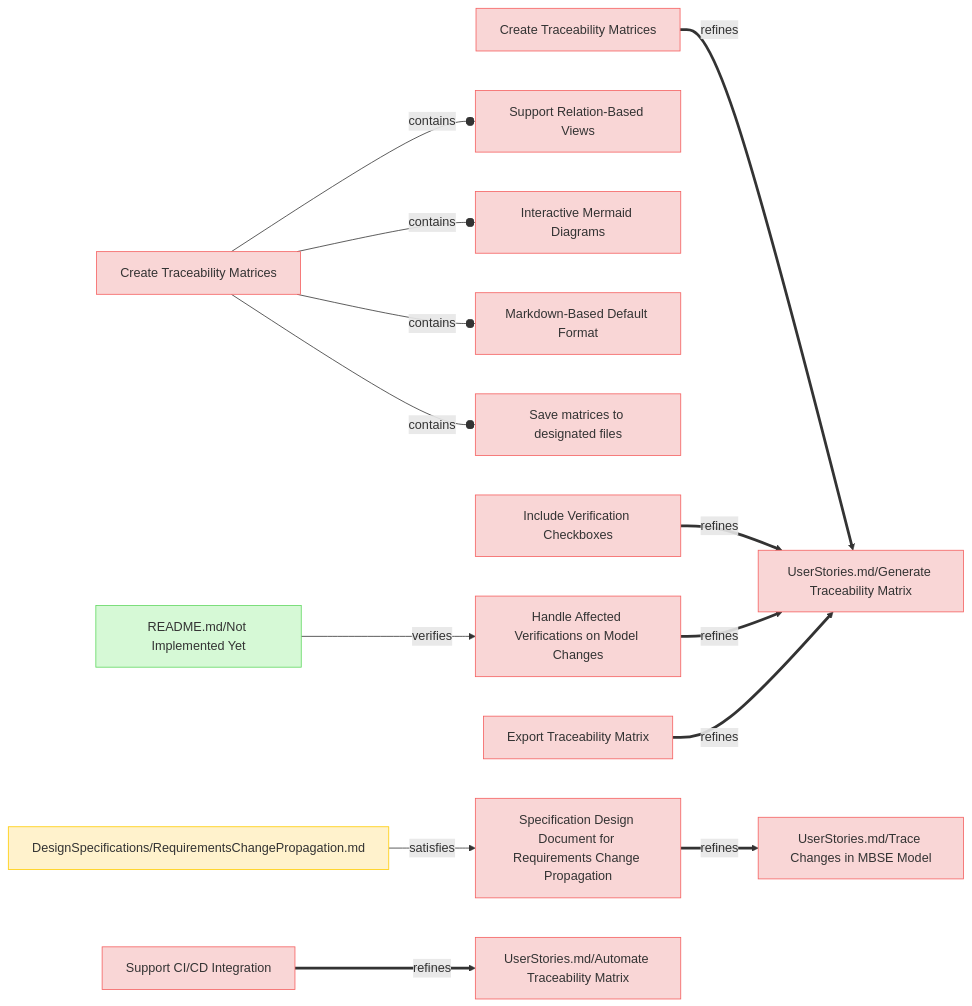
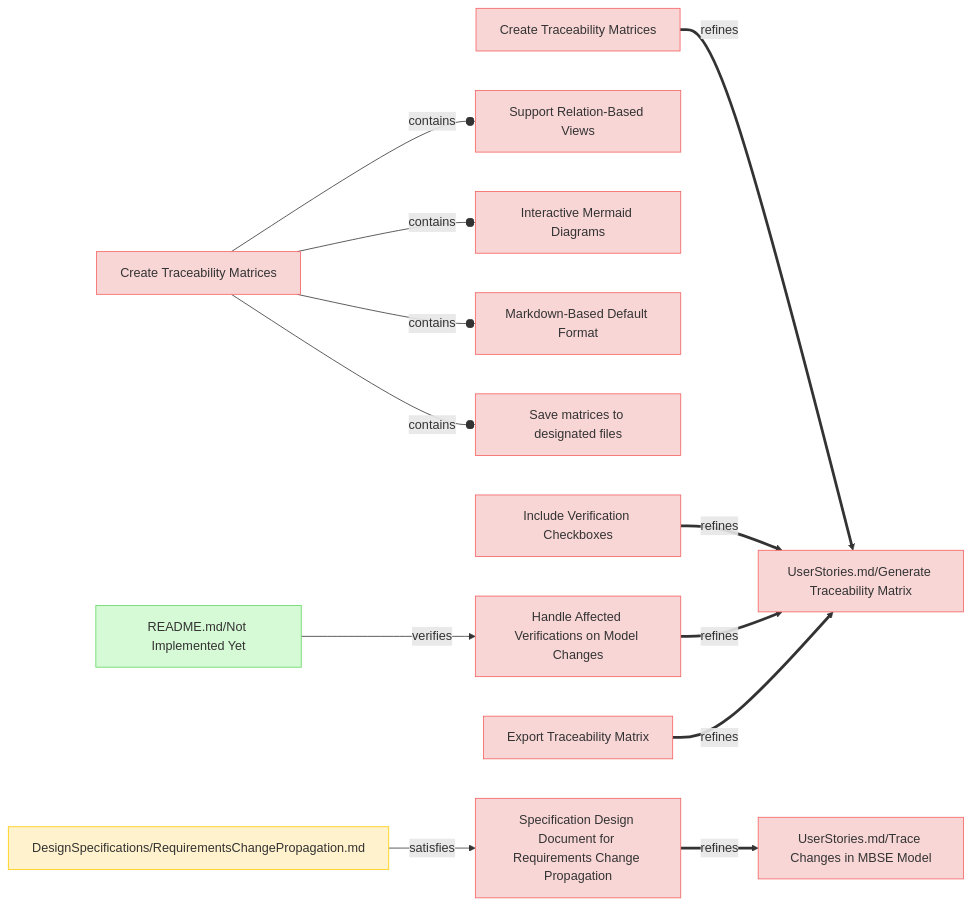
Diagram 11 of 12 in specifications/UserRequirements.md (reqvire-org/reqvire), drawn with Mermaid before and after one commit. The commit also changed other lines of this file and 16 other files, not shown here.

````diff
--- a/specifications/UserRequirements.md
+++ b/specifications/UserRequirements.md
@@ -819,71 +825,64 @@
 ```mermaid
 graph LR;
   %% Graph styling
   classDef requirement fill:#f9d6d6,stroke:#f55f5f,stroke-width:1px;
   classDef satisfies fill:#fff2cc,stroke:#ffcc00,stroke-width:1px;
   classDef verification fill:#d6f9d6,stroke:#5fd75f,stroke-width:1px;
   classDef externalLink fill:#d0e0ff,stroke:#3080ff,stroke-width:1px;
   classDef paragraph fill:#efefef,stroke:#999999,stroke-width:1px;
   classDef default fill:#f5f5f5,stroke:#333333,stroke-width:1px;
 
     Create_Traceability_Matrices["Create Traceability Matrices"];
     click Create_Traceability_Matrices "UserRequirements.md#create-traceability-matrices";
     class Create_Traceability_Matrices requirement;
     Create_Traceability_Matrices ==>|refines| _UserStories_md_Generate_Traceability_Matrix__UserStories_md_generate_traceability_matrix_;
     _UserStories_md_Generate_Traceability_Matrix__UserStories_md_generate_traceability_matrix_["UserStories.md/Generate Traceability Matrix"];
     click _UserStories_md_Generate_Traceability_Matrix__UserStories_md_generate_traceability_matrix_ "UserStories.md#generate-traceability-matrix";
     class _UserStories_md_Generate_Traceability_Matrix__UserStories_md_generate_traceability_matrix_ requirement;
     Support_Relation_Based_Views["Support Relation-Based Views"];
     click Support_Relation_Based_Views "UserRequirements.md#support-relation-based-views";
     class Support_Relation_Based_Views requirement;
     _Create_Traceability_Matrices___create_traceability_matrices_ --o|contains| Support_Relation_Based_Views;
     _Create_Traceability_Matrices___create_traceability_matrices_["Create Traceability Matrices"];
     click _Create_Traceability_Matrices___create_traceability_matrices_ "#create-traceability-matrices";
     class _Create_Traceability_Matrices___create_traceability_matrices_ requirement;
     Interactive_Mermaid_Diagrams["Interactive Mermaid Diagrams"];
     click Interactive_Mermaid_Diagrams "UserRequirements.md#interactive-mermaid-diagrams";
     class Interactive_Mermaid_Diagrams requirement;
     _Create_Traceability_Matrices___create_traceability_matrices_ --o|contains| Interactive_Mermaid_Diagrams;
     Markdown_Based_Default_Format["Markdown-Based Default Format"];
     click Markdown_Based_Default_Format "UserRequirements.md#markdown-based-default-format";
     class Markdown_Based_Default_Format requirement;
     _Create_Traceability_Matrices___create_traceability_matrices_ --o|contains| Markdown_Based_Default_Format;
     Save_matrices_to_designated_files["Save matrices to designated files"];
     click Save_matrices_to_designated_files "UserRequirements.md#save-matrices-to-designated-files";
     class Save_matrices_to_designated_files requirement;
     _Create_Traceability_Matrices___create_traceability_matrices_ --o|contains| Save_matrices_to_designated_files;
     Include_Verification_Checkboxes["Include Verification Checkboxes"];
     click Include_Verification_Checkboxes "UserRequirements.md#include-verification-checkboxes";
     class Include_Verification_Checkboxes requirement;
     Include_Verification_Checkboxes ==>|refines| _UserStories_md_Generate_Traceability_Matrix__UserStories_md_generate_traceability_matrix_;
     Handle_Affected_Verifications_on_Model_Changes["Handle Affected Verifications on Model Changes"];
     click Handle_Affected_Verifications_on_Model_Changes "UserRequirements.md#handle-affected-verifications-on-model-changes";
     class Handle_Affected_Verifications_on_Model_Changes requirement;
     Handle_Affected_Verifications_on_Model_Changes ==>|refines| _UserStories_md_Generate_Traceability_Matrix__UserStories_md_generate_traceability_matrix_;
     _README_md_Not_Implemented_Yet__README_md_not_implemented_yet_ -->|verifies| Handle_Affected_Verifications_on_Model_Changes;
     _README_md_Not_Implemented_Yet__README_md_not_implemented_yet_["README.md/Not Implemented Yet"];
     click _README_md_Not_Implemented_Yet__README_md_not_implemented_yet_ "README.md#not-implemented-yet";
     class _README_md_Not_Implemented_Yet__README_md_not_implemented_yet_ verification;
     Specification_Design_Document_for_Requirements_Change_Propagation["Specification Design Document for Requirements Change Propagation"];
     click Specification_Design_Document_for_Requirements_Change_Propagation "UserRequirements.md#specification-design-document-for-requirements-change-propagation";
     class Specification_Design_Document_for_Requirements_Change_Propagation requirement;
     Specification_Design_Document_for_Requirements_Change_Propagation ==>|refines| _UserStories_md_Trace_Changes_in_MBSE_Model__UserStories_md_trace_changes_in_mbse_model_;
     _UserStories_md_Trace_Changes_in_MBSE_Model__UserStories_md_trace_changes_in_mbse_model_["UserStories.md/Trace Changes in MBSE Model"];
     click _UserStories_md_Trace_Changes_in_MBSE_Model__UserStories_md_trace_changes_in_mbse_model_ "UserStories.md#trace-changes-in-mbse-model";
     class _UserStories_md_Trace_Changes_in_MBSE_Model__UserStories_md_trace_changes_in_mbse_model_ requirement;
     _DesignSpecifications_RequirementsChangePropagation_md__DesignSpecifications_RequirementsChangePropagation_md_ -->|satisfies| Specification_Design_Document_for_Requirements_Change_Propagation;
     _DesignSpecifications_RequirementsChangePropagation_md__DesignSpecifications_RequirementsChangePropagation_md_["DesignSpecifications/RequirementsChangePropagation.md"];
     click _DesignSpecifications_RequirementsChangePropagation_md__DesignSpecifications_RequirementsChangePropagation_md_ "DesignSpecifications/RequirementsChangePropagation.md";
     class _DesignSpecifications_RequirementsChangePropagation_md__DesignSpecifications_RequirementsChangePropagation_md_ satisfies;
     Export_Traceability_Matrix["Export Traceability Matrix"];
     click Export_Traceability_Matrix "UserRequirements.md#export-traceability-matrix";
     class Export_Traceability_Matrix requirement;
     Export_Traceability_Matrix ==>|refines| _UserStories_md_Generate_Traceability_Matrix__UserStories_md_generate_traceability_matrix_;
-    Support_CI_CD_Integration["Support CI/CD Integration"];
-    click Support_CI_CD_Integration "UserRequirements.md#support-ci/cd-integration";
-    class Support_CI_CD_Integration requirement;
-    Support_CI_CD_Integration ==>|refines| _UserStories_md_Automate_Traceability_Matrix__UserStories_md_generate_traceability_matrix_;
-    _UserStories_md_Automate_Traceability_Matrix__UserStories_md_generate_traceability_matrix_["UserStories.md/Automate Traceability Matrix"];
-    click _UserStories_md_Automate_Traceability_Matrix__UserStories_md_generate_traceability_matrix_ "UserStories.md#generate-traceability-matrix";
-    class _UserStories_md_Automate_Traceability_Matrix__UserStories_md_generate_traceability_matrix_ requirement;
 ```
````
